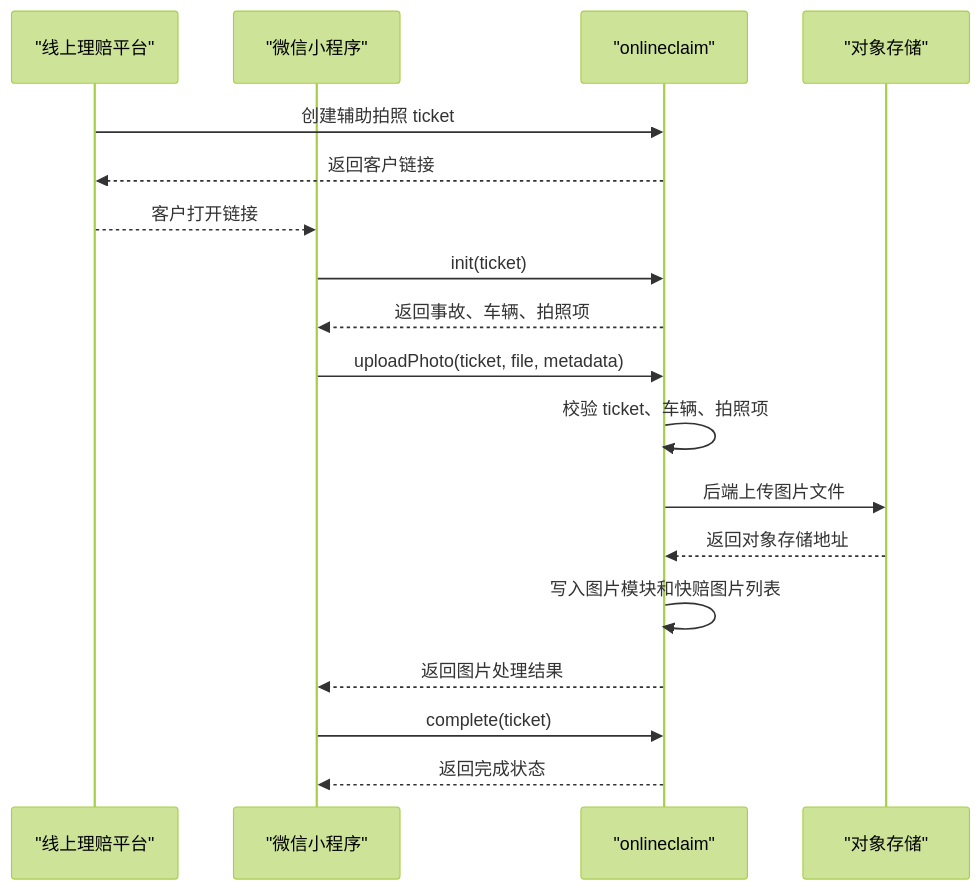
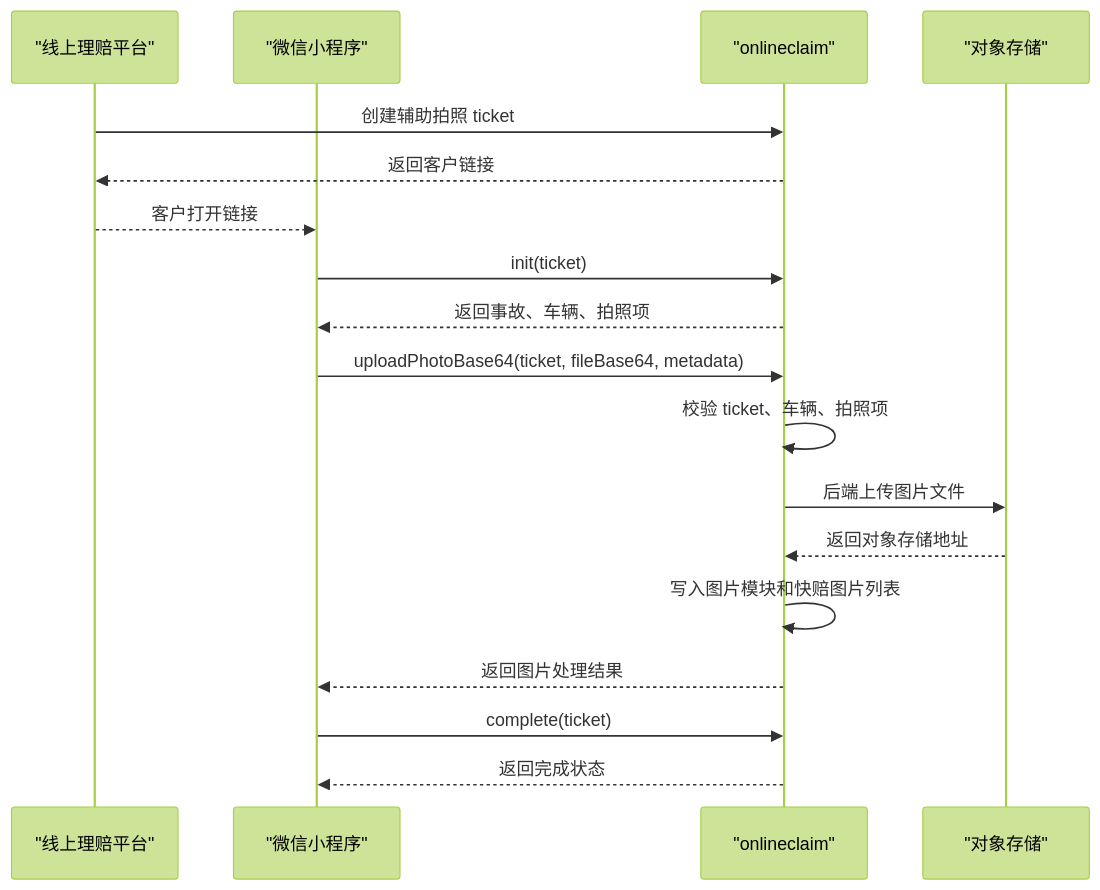
The diagram in docs/辅助拍照微信小程序接口对接文档.md (rylzx000/selfCam), drawn with Mermaid (forest theme) before and after one commit. The commit also changed other lines of this file and 7 other files, not shown here.

````diff
--- a/docs/辅助拍照微信小程序接口对接文档.md
+++ b/docs/辅助拍照微信小程序接口对接文档.md
@@ -109,21 +109,21 @@
 ```mermaid
 sequenceDiagram
     participant Web as "线上理赔平台"
     participant Mini as "微信小程序"
     participant OC as "onlineclaim"
     participant OSS as "对象存储"
 
     Web->>OC: 创建辅助拍照 ticket
     OC-->>Web: 返回客户链接
     Web-->>Mini: 客户打开链接
     Mini->>OC: init(ticket)
     OC-->>Mini: 返回事故、车辆、拍照项
-    Mini->>OC: uploadPhoto(ticket, file, metadata)
+    Mini->>OC: uploadPhotoBase64(ticket, fileBase64, metadata)
     OC->>OC: 校验 ticket、车辆、拍照项
     OC->>OSS: 后端上传图片文件
     OSS-->>OC: 返回对象存储地址
     OC->>OC: 写入图片模块和快赔图片列表
     OC-->>Mini: 返回图片处理结果
     Mini->>OC: complete(ticket)
     OC-->>Mini: 返回完成状态
 ```
````
